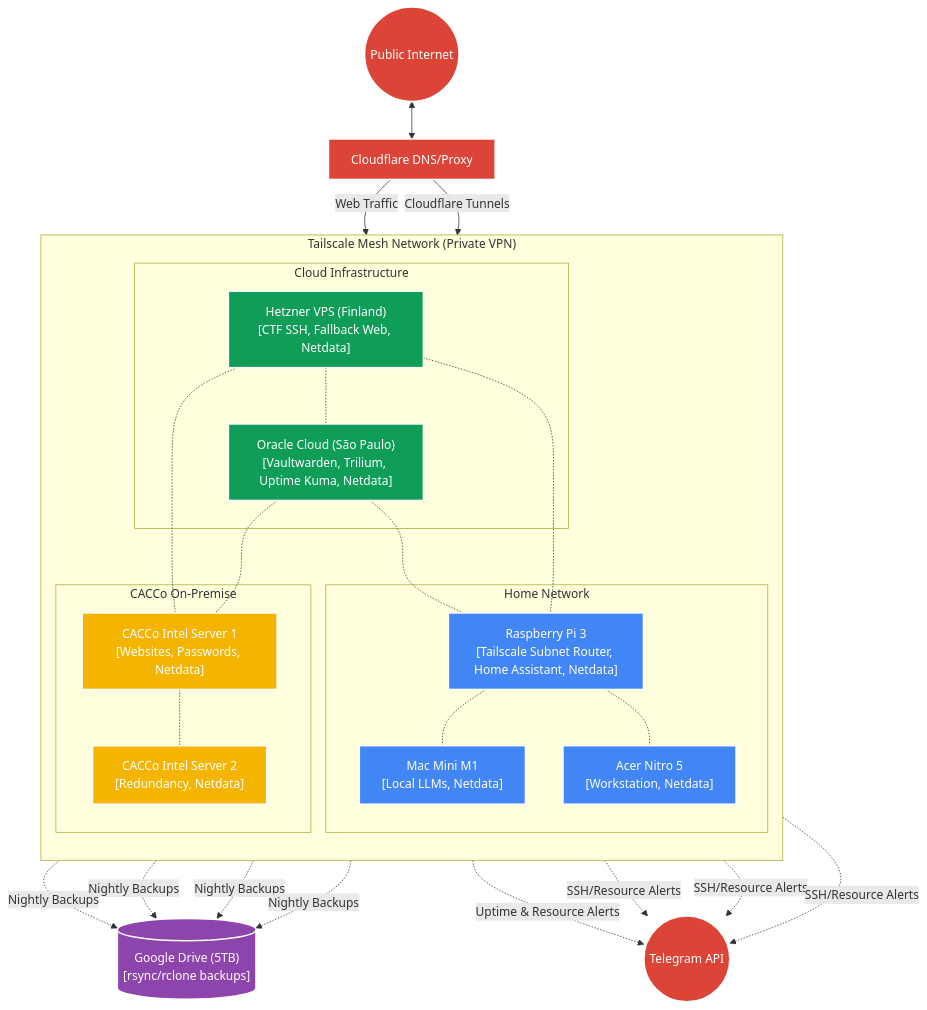
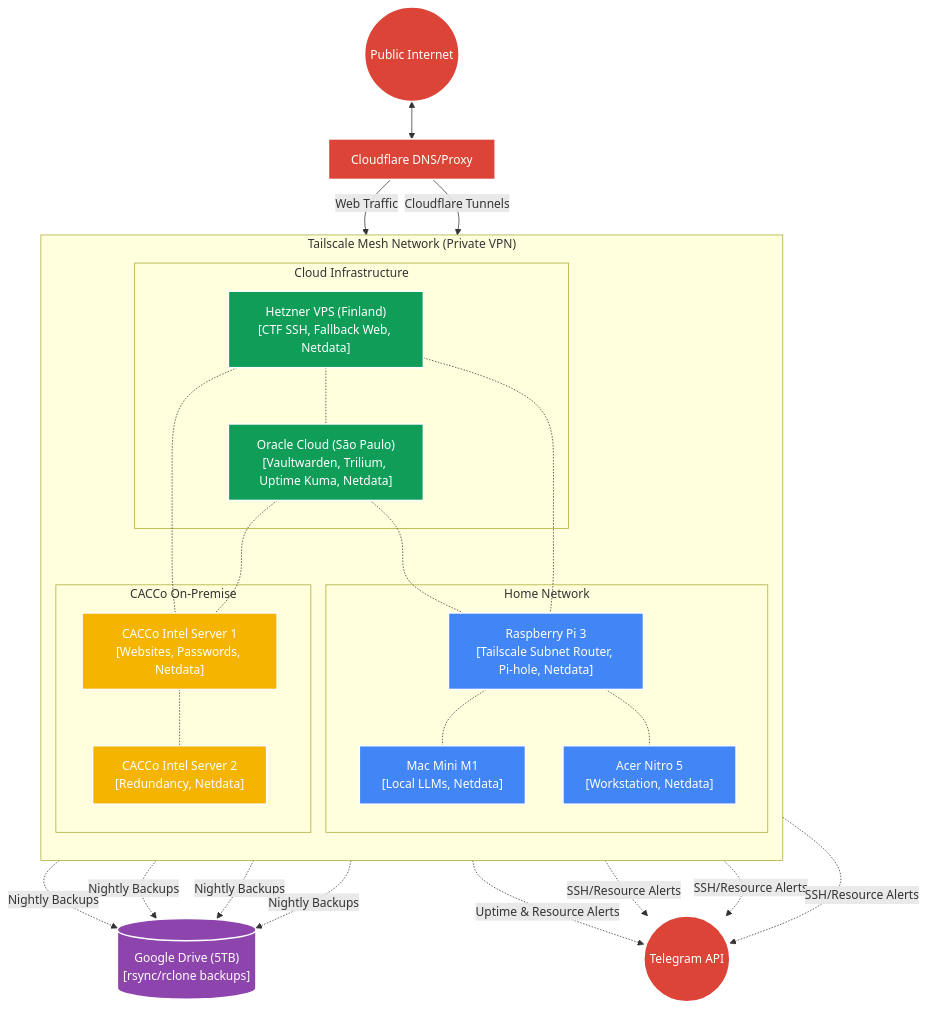
Before and after one commit to zirondi/dotfiles: the diagram in docs/network_topology.md, drawn with Mermaid. The commit also changed 6 other files, not shown here.

First line of the commit message:
refactor(rpi3): remove Home Assistant

````diff
--- a/docs/network_topology.md
+++ b/docs/network_topology.md
@@ -5,68 +5,68 @@
 ```mermaid
 flowchart TD
     %% Define Styles
     classDef personal fill:#4285F4,stroke:#fff,stroke-width:2px,color:#fff
     classDef cloud fill:#0F9D58,stroke:#fff,stroke-width:2px,color:#fff
     classDef cacco fill:#F4B400,stroke:#fff,stroke-width:2px,color:#fff
     classDef network fill:#DB4437,stroke:#fff,stroke-width:2px,color:#fff
     classDef storage fill:#8e44ad,stroke:#fff,stroke-width:2px,color:#fff
 
     %% External Services
     Internet((Public Internet)):::network
     CF[Cloudflare DNS/Proxy]:::network
     Telegram((Telegram API)):::network
 
     Internet <--> CF
 
     %% Tailscale Network Box
     subgraph TailscaleMesh ["Tailscale Mesh Network (Private VPN)"]
         direction TB
 
         %% Cloud Nodes
         subgraph CloudInfrastructure ["Cloud Infrastructure"]
             Hetzner["Hetzner VPS (Finland)\n[CTF SSH, Fallback Web, Netdata]"]:::cloud
             Oracle["Oracle Cloud (São Paulo)\n[Vaultwarden, Trilium, Uptime Kuma, Netdata]"]:::cloud
         end
 
         %% Home Nodes
         subgraph HomeNetwork ["Home Network"]
-            RPi["Raspberry Pi 3\n[Tailscale Subnet Router, Home Assistant, Netdata]"]:::personal
+            RPi["Raspberry Pi 3\n[Tailscale Subnet Router, Pi-hole, Netdata]"]:::personal
             MacMini["Mac Mini M1\n[Local LLMs, Netdata]"]:::personal
             Nitro["Acer Nitro 5\n[Workstation, Netdata]"]:::personal
         end
 
         %% CACCo Nodes
         subgraph CACCoOnPremise ["CACCo On-Premise"]
             CACCo1["CACCo Intel Server 1\n[Websites, Passwords, Netdata]"]:::cacco
             CACCo2["CACCo Intel Server 2\n[Redundancy, Netdata]"]:::cacco
         end
         
         %% Connect everything in Tailscale
         Hetzner -.- Oracle
         Oracle -.- RPi
         Hetzner -.- RPi
         RPi -.- MacMini
         RPi -.- Nitro
         Hetzner -.- CACCo1
         Oracle -.- CACCo1
         CACCo1 -.- CACCo2
     end
 
     %% External Connections
     CF -- "Web Traffic" --> Hetzner
     CF -- "Cloudflare Tunnels" --> CACCo1
     
     %% Backup
     GDRIVE[("Google Drive (5TB)\n[rsync/rclone backups]")]:::storage
     Oracle -. "Nightly Backups" .-> GDRIVE
     Hetzner -. "Nightly Backups" .-> GDRIVE
     CACCo1 -. "Nightly Backups" .-> GDRIVE
     CACCo2 -. "Nightly Backups" .-> GDRIVE
 
     %% Monitoring Alerts
     Oracle -. "Uptime & Resource Alerts" .-> Telegram
     Hetzner -. "SSH/Resource Alerts" .-> Telegram
     CACCo1 -. "SSH/Resource Alerts" .-> Telegram
     RPi -. "SSH/Resource Alerts" .-> Telegram
 
 ```
````
